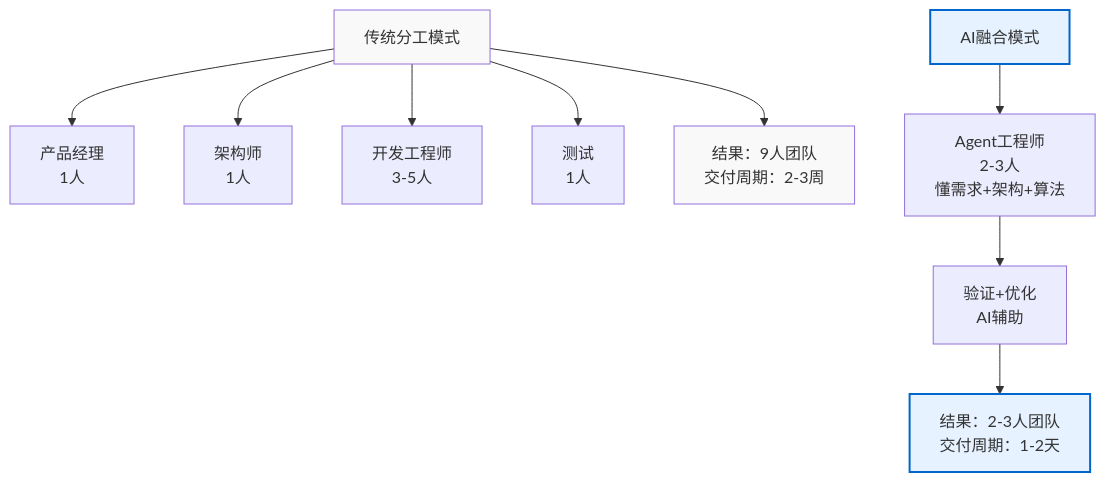
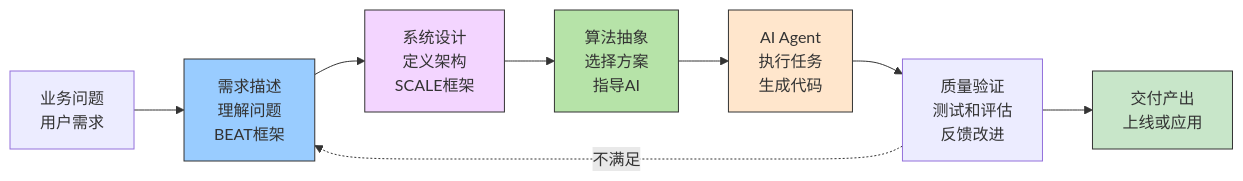
Before and after one commit to microwind/algorithms: the second of 10 diagrams in start-here/Why-Programmers-35-Plus-Are-Thriving-in-AI-Era.md, drawn with Mermaid. The commit also changed other lines of this file and 1 other file, not shown here.

````diff
--- a/start-here/Why-Programmers-35-Plus-Are-Thriving-in-AI-Era.md
+++ b/start-here/Why-Programmers-35-Plus-Are-Thriving-in-AI-Era.md
@@ -94,17 +89,21 @@
 ```mermaid
-graph TD
-    A["传统分工模式"] --> B["产品经理<br/>1人"]
-    A --> C["架构师<br/>1人"]
-    A --> D["开发工程师<br/>3-5人"]
-    A --> E["测试<br/>1人"]
-    A --> F["结果：9人团队<br/>交付周期：2-3周"]
+graph LR
+    A["业务问题<br/>用户需求"] --> B["需求描述<br/>理解问题<br/>BEAT框架"]
 
-    G["AI融合模式"] --> H["Agent工程师<br/>2-3人<br/>懂需求+架构+算法"]
-    H --> I["验证+优化<br/>AI辅助"]
-    I --> J["结果：2-3人团队<br/>交付周期：1-2天"]
+    B --> C["系统设计<br/>定义架构<br/>SCALE框架"]
 
-    style A fill:#f9f9f9
-    style F fill:#f9f9f9
-    style G fill:#e6f2ff,stroke:#0066cc,stroke-width:2px
-    style J fill:#e6f2ff,stroke:#0066cc,stroke-width:2px
+    C --> D["算法抽象<br/>选择方案<br/>指导AI"]
+
+    D --> E["AI Agent<br/>执行任务<br/>生成代码"]
+
+    E --> F["质量验证<br/>测试和评估<br/>反馈改进"]
+
+    F -.不满足.-> B
+    F --> G["交付产出<br/>上线或应用"]
+
+    style B fill:#99ccff,stroke:#333,stroke-width:1px
+    style C fill:#f3d5ff,stroke:#333,stroke-width:1px
+    style D fill:#b6e3a8,stroke:#333,stroke-width:1px
+    style E fill:#ffe6cc,stroke:#333,stroke-width:1px
+    style G fill:#c8e6c9,stroke:#333,stroke-width:1px
 ```
````
